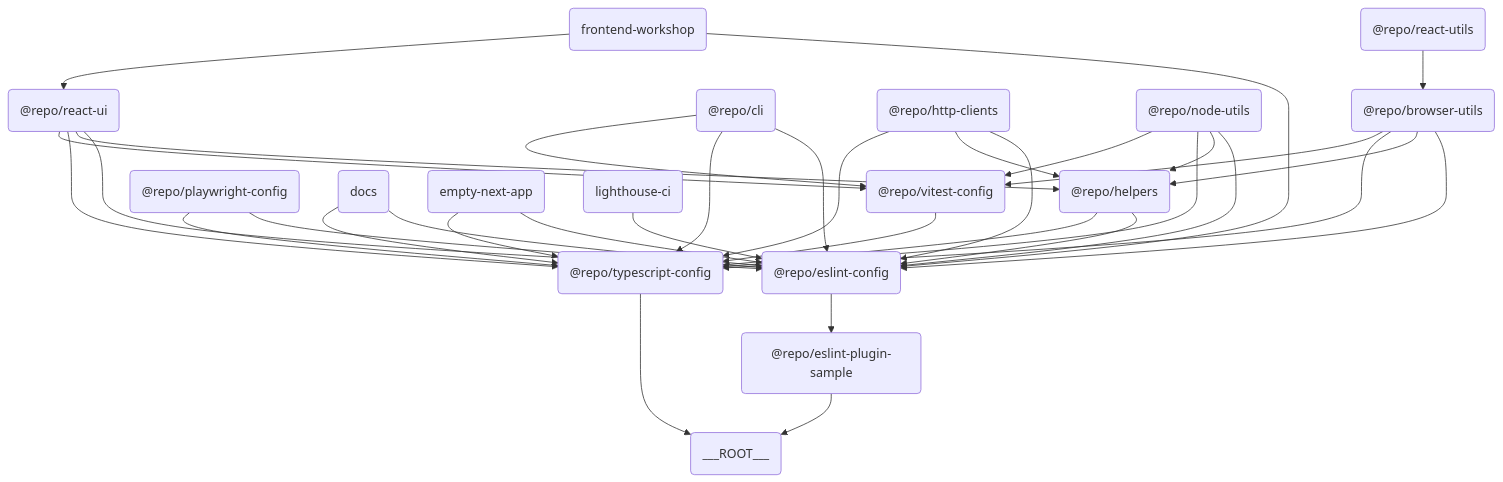
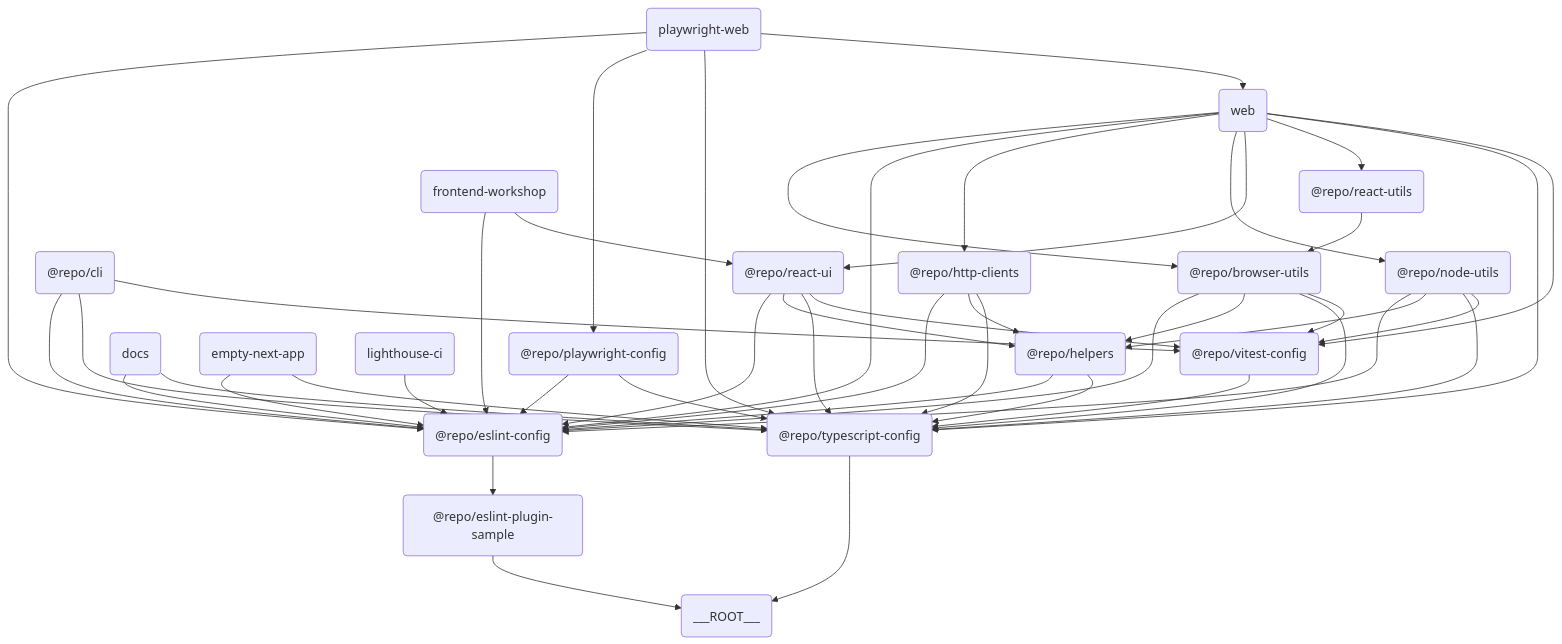
The diagram in apps/docs/content/ja/overview.mdx (iamhoonse-dev/turborepo-template), drawn with Mermaid before and after one commit. The commit also changed other lines of this file and 2 other files, not shown here.

````diff
--- a/apps/docs/content/ja/overview.mdx
+++ b/apps/docs/content/ja/overview.mdx
@@ -15,37 +34,49 @@
 ```mermaid
 graph TD
     QHZT("@repo/browser-utils") --> ETTT("@repo/eslint-config")
     QHZT("@repo/browser-utils") --> JEGP("@repo/helpers")
     QHZT("@repo/browser-utils") --> EMLE("@repo/typescript-config")
     QHZT("@repo/browser-utils") --> LRHC("@repo/vitest-config")
     GLAO("@repo/cli") --> ETTT("@repo/eslint-config")
     GLAO("@repo/cli") --> EMLE("@repo/typescript-config")
     GLAO("@repo/cli") --> LRHC("@repo/vitest-config")
     ETTT("@repo/eslint-config") --> VELR("@repo/eslint-plugin-sample")
     VELR("@repo/eslint-plugin-sample") --> TXWC("___ROOT___")
     JEGP("@repo/helpers") --> ETTT("@repo/eslint-config")
     JEGP("@repo/helpers") --> EMLE("@repo/typescript-config")
     WCIN("@repo/http-clients") --> ETTT("@repo/eslint-config")
     WCIN("@repo/http-clients") --> JEGP("@repo/helpers")
     WCIN("@repo/http-clients") --> EMLE("@repo/typescript-config")
     TPBW("@repo/node-utils") --> ETTT("@repo/eslint-config")
     TPBW("@repo/node-utils") --> JEGP("@repo/helpers")
     TPBW("@repo/node-utils") --> EMLE("@repo/typescript-config")
     TPBW("@repo/node-utils") --> LRHC("@repo/vitest-config")
     BHWE("@repo/playwright-config") --> ETTT("@repo/eslint-config")
     BHWE("@repo/playwright-config") --> EMLE("@repo/typescript-config")
     MKNG("@repo/react-ui") --> ETTT("@repo/eslint-config")
     MKNG("@repo/react-ui") --> JEGP("@repo/helpers")
     MKNG("@repo/react-ui") --> EMLE("@repo/typescript-config")
     MKNG("@repo/react-ui") --> LRHC("@repo/vitest-config")
     IRKD("@repo/react-utils") --> QHZT("@repo/browser-utils")
     EMLE("@repo/typescript-config") --> TXWC("___ROOT___")
     LRHC("@repo/vitest-config") --> EMLE("@repo/typescript-config")
     UWBQ("docs") --> ETTT("@repo/eslint-config")
     UWBQ("docs") --> EMLE("@repo/typescript-config")
     FBWM("empty-next-app") --> ETTT("@repo/eslint-config")
     FBWM("empty-next-app") --> EMLE("@repo/typescript-config")
     NRTE("frontend-workshop") --> ETTT("@repo/eslint-config")
     NRTE("frontend-workshop") --> MKNG("@repo/react-ui")
     GVMR("lighthouse-ci") --> ETTT("@repo/eslint-config")
+    ITTZ("playwright-web") --> ETTT("@repo/eslint-config")
+    ITTZ("playwright-web") --> BHWE("@repo/playwright-config")
+    ITTZ("playwright-web") --> EMLE("@repo/typescript-config")
+    ITTZ("playwright-web") --> VXGS("web")
+    VXGS("web") --> QHZT("@repo/browser-utils")
+    VXGS("web") --> ETTT("@repo/eslint-config")
+    VXGS("web") --> WCIN("@repo/http-clients")
+    VXGS("web") --> TPBW("@repo/node-utils")
+    VXGS("web") --> MKNG("@repo/react-ui")
+    VXGS("web") --> IRKD("@repo/react-utils")
+    VXGS("web") --> EMLE("@repo/typescript-config")
+    VXGS("web") --> LRHC("@repo/vitest-config")
 ```
````
